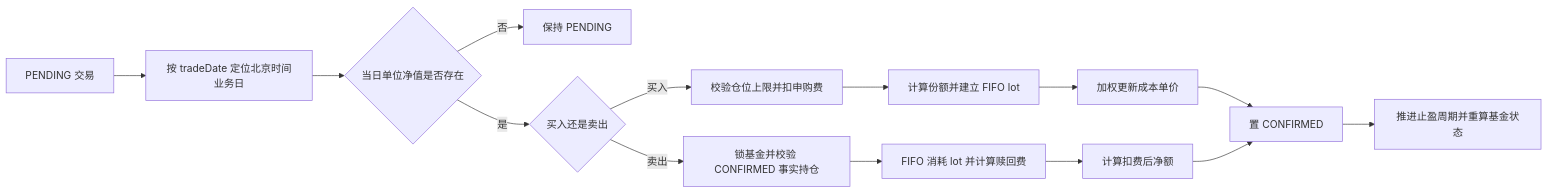
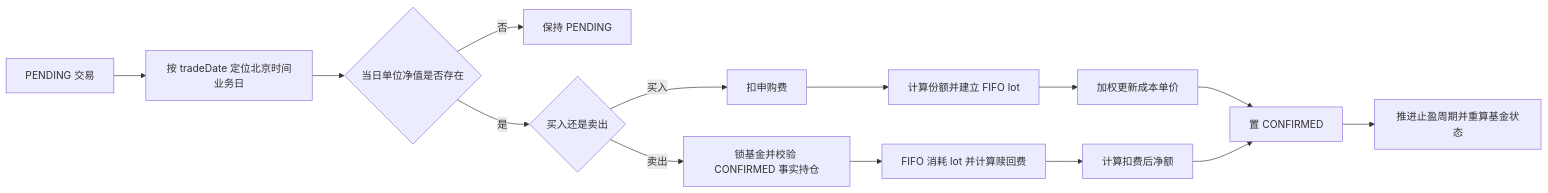
Before and after one commit to coolmentha/fundpilot: the second of 2 diagrams in docs/business/transactions-and-accounting.md, drawn with Mermaid. The commit also changed other lines of this file and 62 other files, not shown here.

````diff
--- a/docs/business/transactions-and-accounting.md
+++ b/docs/business/transactions-and-accounting.md
@@ -58,16 +58,16 @@
 ```mermaid
 flowchart LR
     A[PENDING 交易] --> B[按 tradeDate 定位北京时间业务日]
     B --> C{当日单位净值是否存在}
     C -- 否 --> D[保持 PENDING]
     C -- 是 --> E{买入还是卖出}
-    E -- 买入 --> F[校验仓位上限并扣申购费]
+    E -- 买入 --> F[扣申购费]
     F --> G[计算份额并建立 FIFO lot]
     G --> H[加权更新成本单价]
     E -- 卖出 --> I[锁基金并校验 CONFIRMED 事实持仓]
     I --> J[FIFO 消耗 lot 并计算赎回费]
     J --> K[计算扣费后净额]
     H --> L[置 CONFIRMED]
     K --> L
     L --> M[推进止盈周期并重算基金状态]
 ```
````
